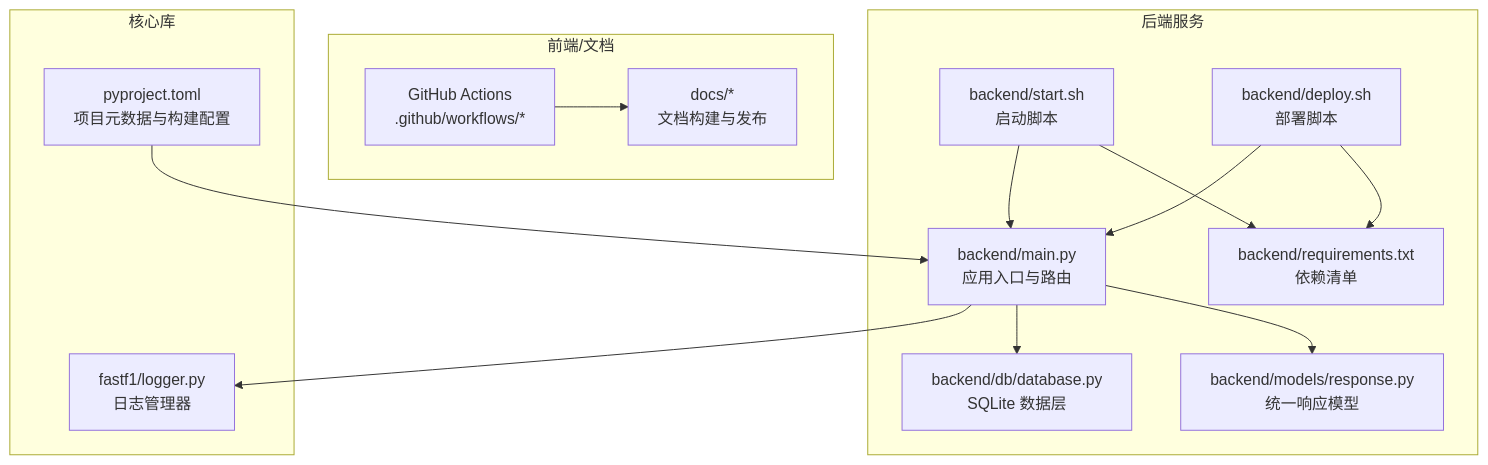
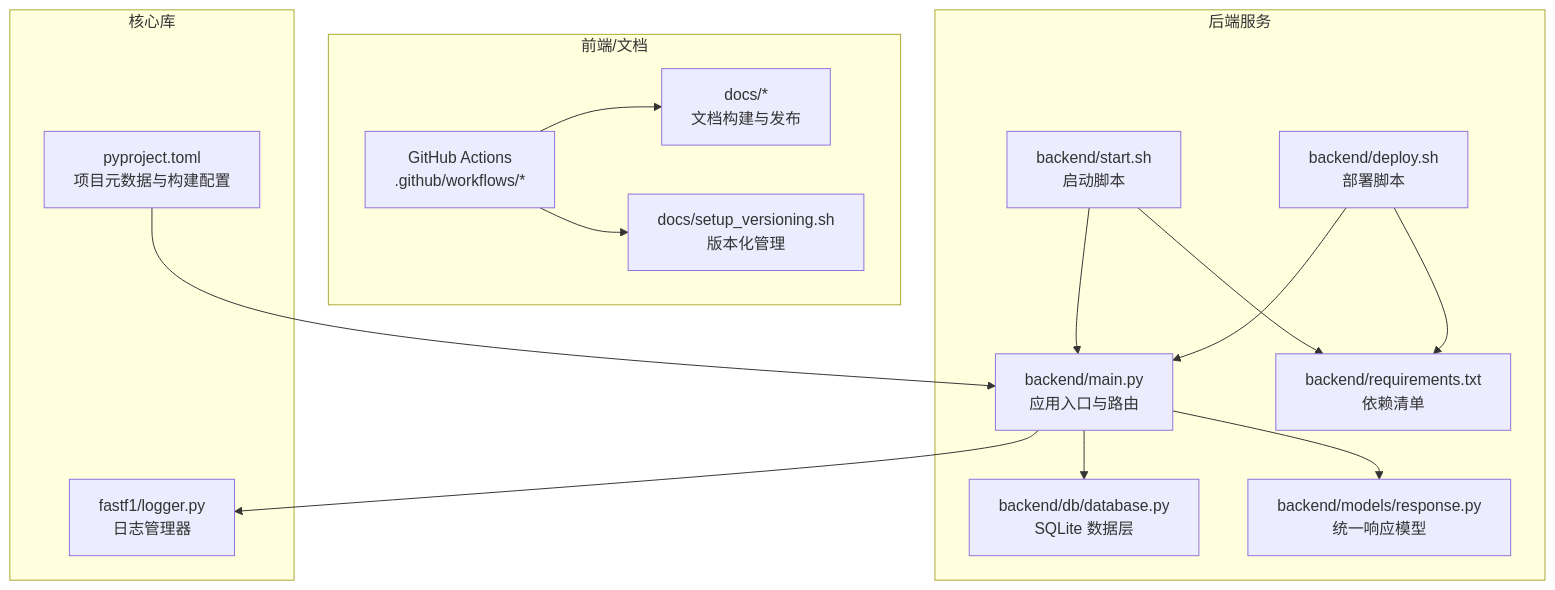
Before and after one commit to jianai0330/Fast-F1: the first of 6 diagrams in .qoder/repowiki/zh/content/部署和运维/部署和运维.md, drawn with Mermaid. The commit also changed other lines of this file and 22 other files, not shown here.

````diff
--- a/.qoder/repowiki/zh/content/部署和运维/部署和运维.md
+++ b/.qoder/repowiki/zh/content/部署和运维/部署和运维.md
@@ -45,28 +47,30 @@
 ```mermaid
 graph TB
 subgraph "后端服务"
 M["backend/main.py<br/>应用入口与路由"]
 S["backend/start.sh<br/>启动脚本"]
 D["backend/deploy.sh<br/>部署脚本"]
 R["backend/requirements.txt<br/>依赖清单"]
 DB["backend/db/database.py<br/>SQLite 数据层"]
 RESP["backend/models/response.py<br/>统一响应模型"]
 end
 subgraph "前端/文档"
 DOC["docs/*<br/>文档构建与发布"]
 GH["GitHub Actions<br/>.github/workflows/*"]
+SV["docs/setup_versioning.sh<br/>版本化管理"]
 end
 subgraph "核心库"
 L["fastf1/logger.py<br/>日志管理器"]
 PP["pyproject.toml<br/>项目元数据与构建配置"]
 end
 M --> DB
 M --> RESP
 S --> M
 S --> R
 D --> M
 D --> R
 GH --> DOC
+GH --> SV
 M --> L
 PP --> M
 ```
````
